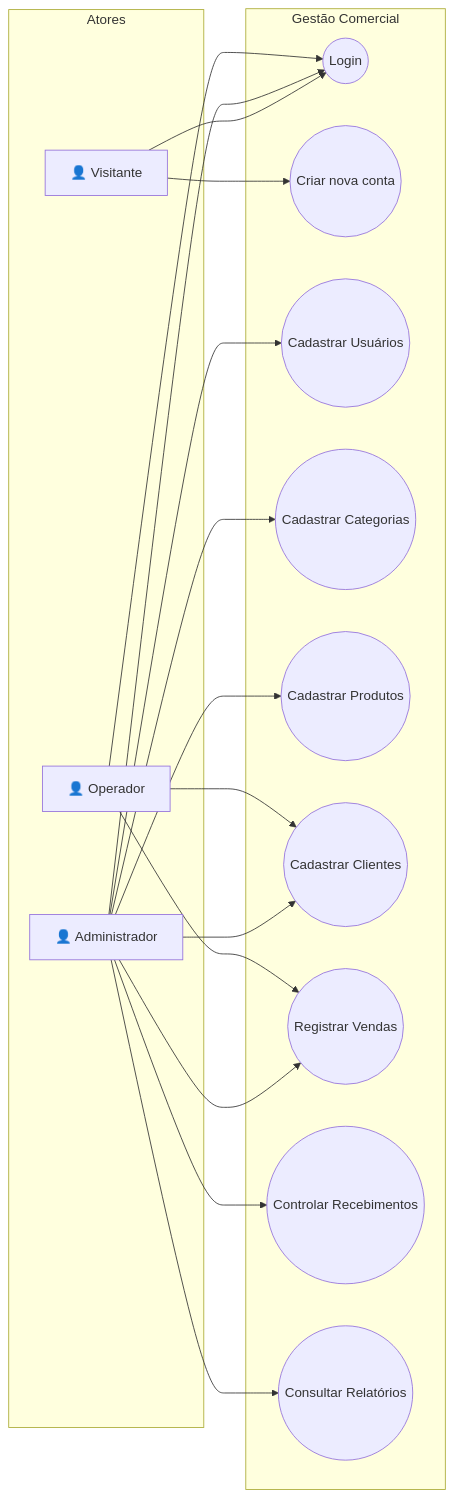
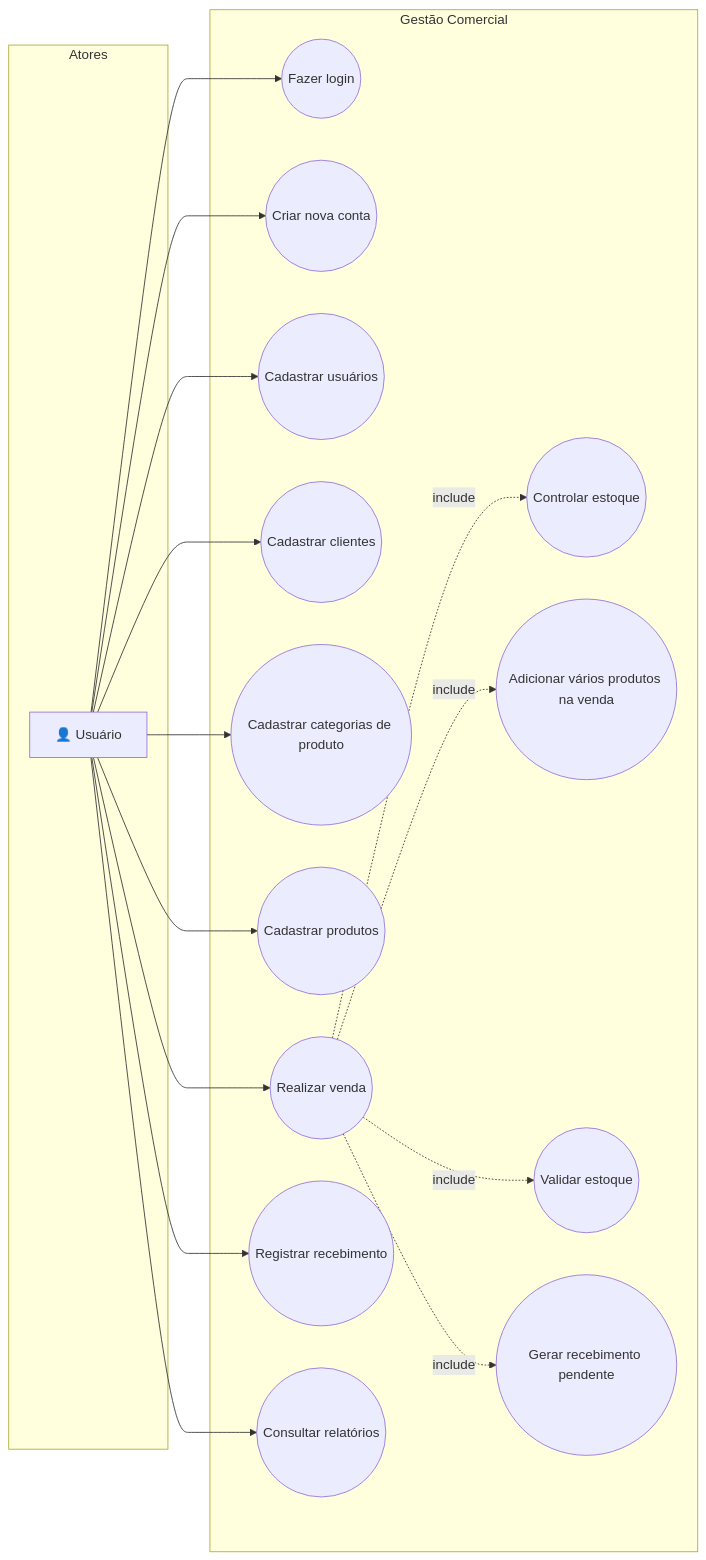
The second of 11 diagrams in documentacao/DIAGRAMAS.md (EduardoHenrrykSimonato/sistema-gestao-comercial), drawn with Mermaid before and after one commit. The commit also changed other lines of this file and 3 other files, not shown here.

Commit message:
docs: auditoria e sincronizacao de todos os diagramas Mermaid do projeto

````diff
--- a/documentacao/DIAGRAMAS.md
+++ b/documentacao/DIAGRAMAS.md
@@ -5,36 +64,38 @@
 ```mermaid
 flowchart LR
     subgraph Atores
-        Visitante["👤 Visitante"]
-        Admin["👤 Administrador"]
-        Op["👤 Operador"]
+        Usuario["👤 Usuário"]
     end
 
     subgraph Sistema ["Gestão Comercial"]
-        UC_Login(("Login"))
+        UC_Login(("Fazer login"))
         UC_CriarConta(("Criar nova conta"))
-        UC_CadUsu(("Cadastrar Usuários"))
-        UC_CadCat(("Cadastrar Categorias"))
-        UC_CadProd(("Cadastrar Produtos"))
-        UC_CadCli(("Cadastrar Clientes"))
-        UC_Venda(("Registrar Vendas"))
-        UC_Receber(("Controlar Recebimentos"))
-        UC_Relat(("Consultar Relatórios"))
+        UC_CadUsu(("Cadastrar usuários"))
+        UC_CadCli(("Cadastrar clientes"))
+        UC_CadCat(("Cadastrar categorias de produto"))
+        UC_CadProd(("Cadastrar produtos"))
+        UC_ContEst(("Controlar estoque"))
+        UC_Venda(("Realizar venda"))
+        UC_VariosProd(("Adicionar vários produtos na venda"))
+        UC_ValEst(("Validar estoque"))
+        UC_GerRec(("Gerar recebimento pendente"))
+        UC_RegRec(("Registrar recebimento"))
+        UC_Relat(("Consultar relatórios"))
     end
 
-    Visitante --> UC_Login
-    Visitante --> UC_CriarConta
+    Usuario --> UC_Login
+    Usuario --> UC_CriarConta
+    Usuario --> UC_CadUsu
+    Usuario --> UC_CadCli
+    Usuario --> UC_CadCat
+    Usuario --> UC_CadProd
+    Usuario --> UC_Venda
+    Usuario --> UC_RegRec
+    Usuario --> UC_Relat
 
-    Admin --> UC_Login
-    Admin --> UC_CadUsu
-    Admin --> UC_CadCat
-    Admin --> UC_CadProd
-    Admin --> UC_CadCli
-    Admin --> UC_Venda
-    Admin --> UC_Receber
-    Admin --> UC_Relat
-
-    Op --> UC_Login
-    Op --> UC_CadCli
-    Op --> UC_Venda
+    %% Relações de Inclusão / Dependência
+    UC_Venda -.->|include| UC_VariosProd
+    UC_Venda -.->|include| UC_ValEst
+    UC_Venda -.->|include| UC_GerRec
+    UC_Venda -.->|include| UC_ContEst
 ```
````
